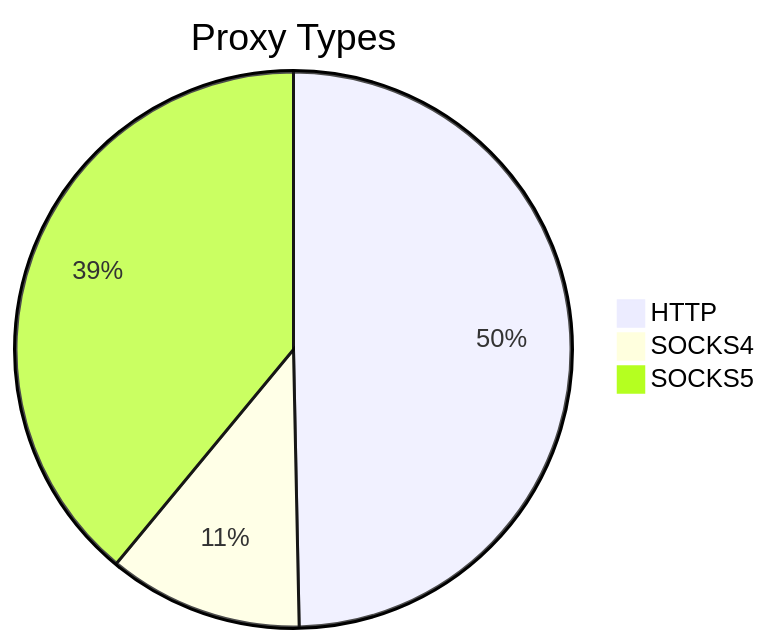
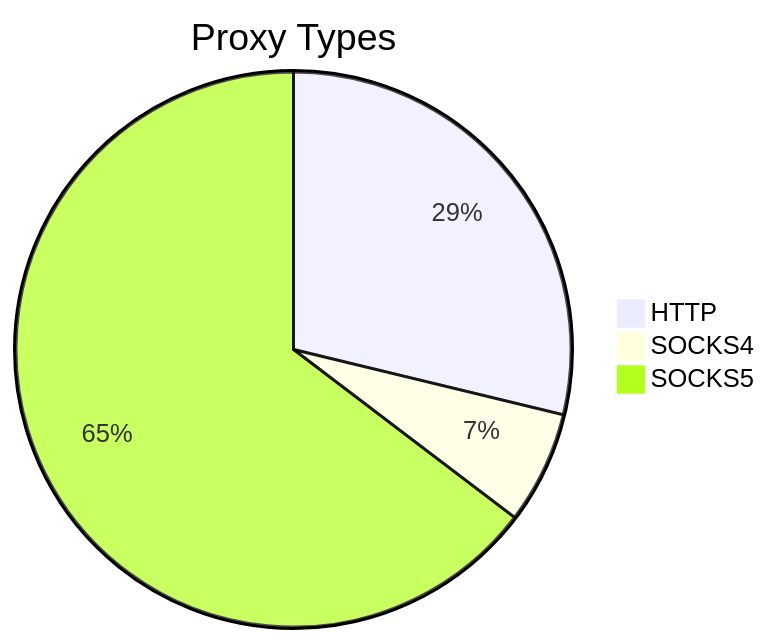
The first of 2 diagrams in README.md (stormsia/proxy-list), drawn with Mermaid before and after one commit. The commit also changed other lines of this file, not shown here.

````diff
--- a/README.md
+++ b/README.md
@@ -21,6 +21,6 @@
 ```mermaid
 pie title Proxy Types
-    "HTTP" : 228
-    "SOCKS4" : 52
-    "SOCKS5" : 179
+    "HTTP" : 320
+    "SOCKS4" : 73
+    "SOCKS5" : 719
 ```
````
